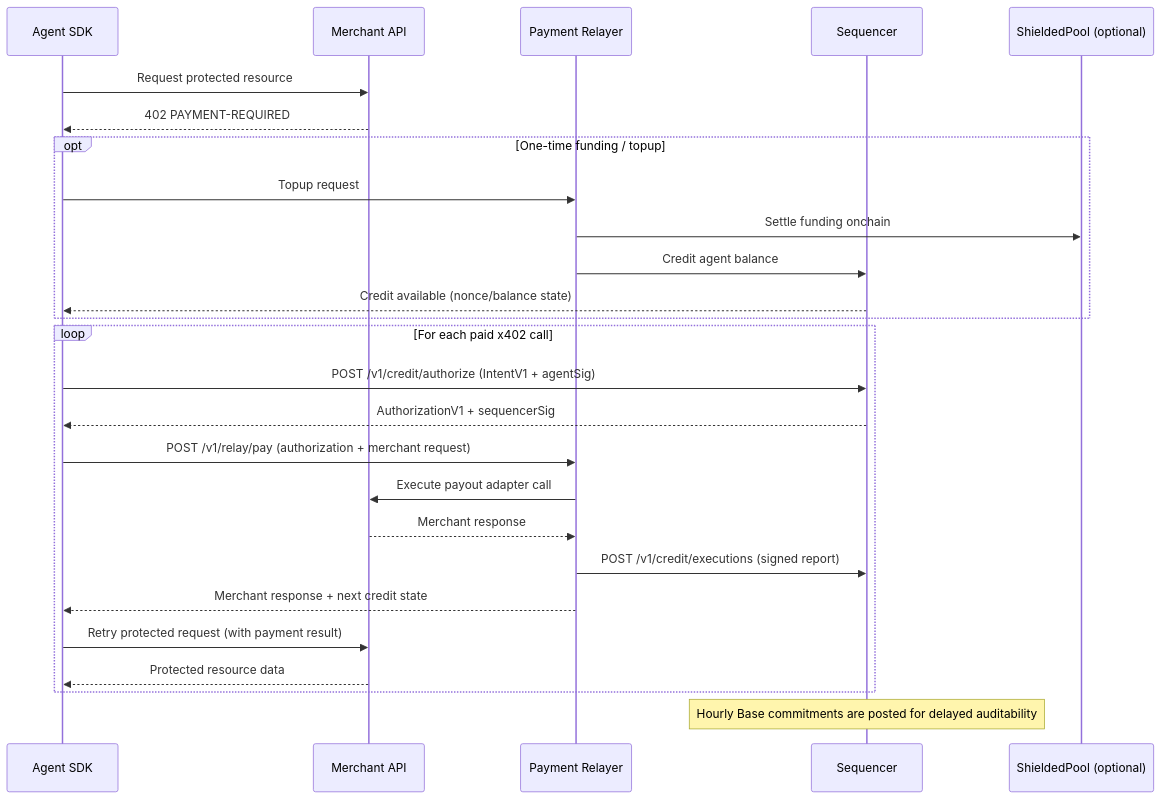
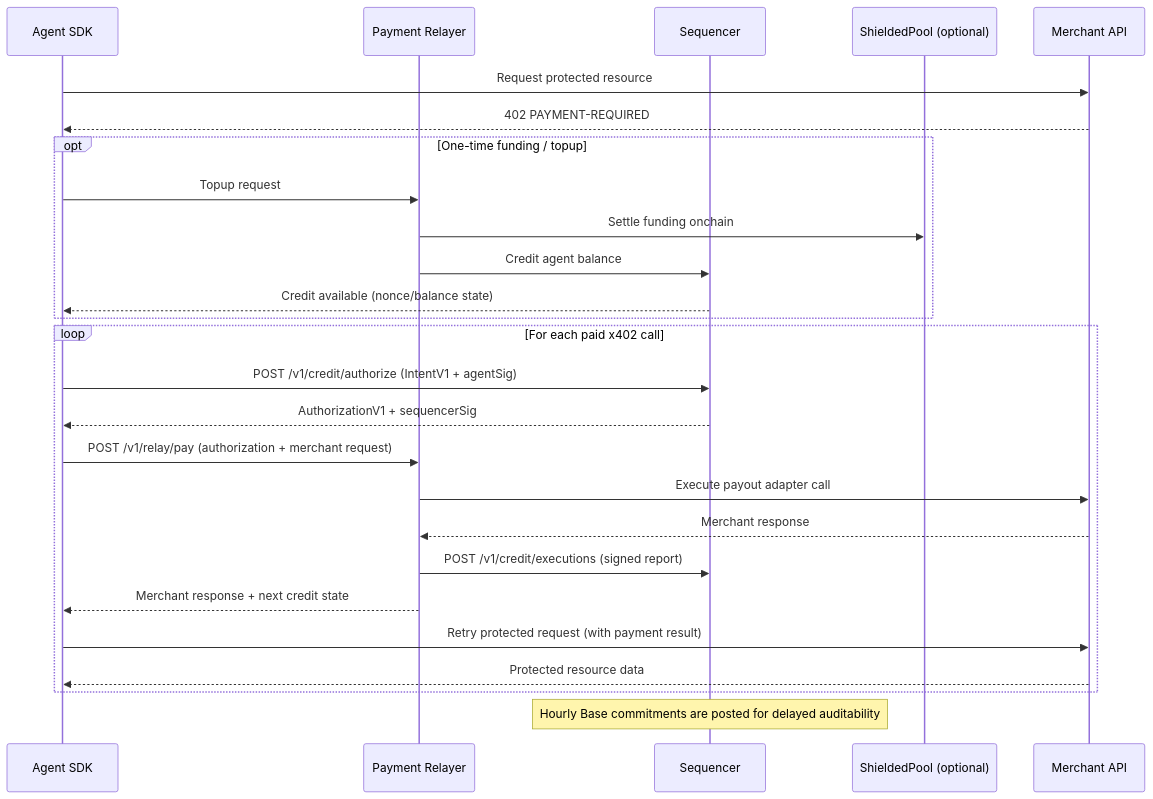
Before and after one commit to nhestrompia/shielded-x402: the diagram in README.md, drawn with Mermaid. The commit also changed other lines of this file, not shown here.

````diff
--- a/README.md
+++ b/README.md
@@ -13,32 +13,32 @@
 ```mermaid
 sequenceDiagram
   participant A as Agent SDK
-  participant M as Merchant API
   participant R as Payment Relayer
   participant Q as Sequencer
   participant P as ShieldedPool (optional)
+  participant M as Merchant API
 
   A->>M: Request protected resource
   M-->>A: 402 PAYMENT-REQUIRED
 
   opt One-time funding / topup
     A->>R: Topup request
     R->>P: Settle funding onchain
     R->>Q: Credit agent balance
     Q-->>A: Credit available (nonce/balance state)
   end
 
   loop For each paid x402 call
     A->>Q: POST /v1/credit/authorize (IntentV1 + agentSig)
     Q-->>A: AuthorizationV1 + sequencerSig
     A->>R: POST /v1/relay/pay (authorization + merchant request)
     R->>M: Execute payout adapter call
     M-->>R: Merchant response
     R->>Q: POST /v1/credit/executions (signed report)
     R-->>A: Merchant response + next credit state
     A->>M: Retry protected request (with payment result)
     M-->>A: Protected resource data
   end
 
   Note over Q: Hourly Base commitments are posted for delayed auditability
 ```
````
